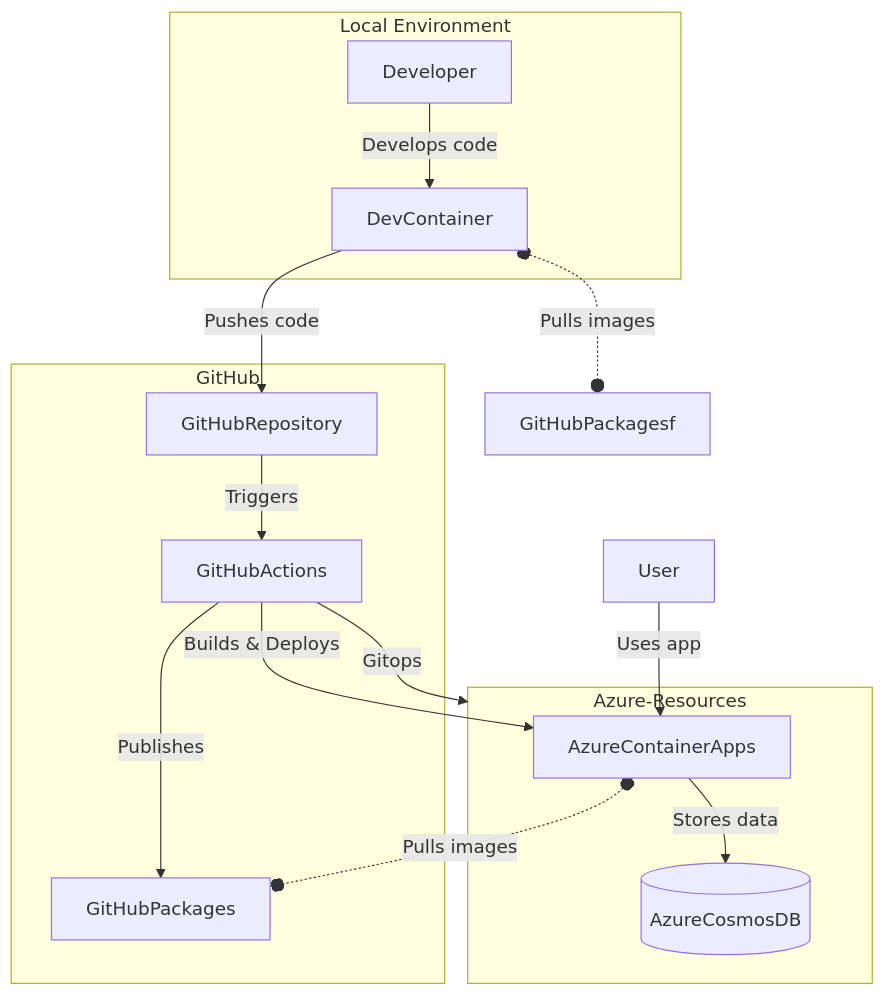
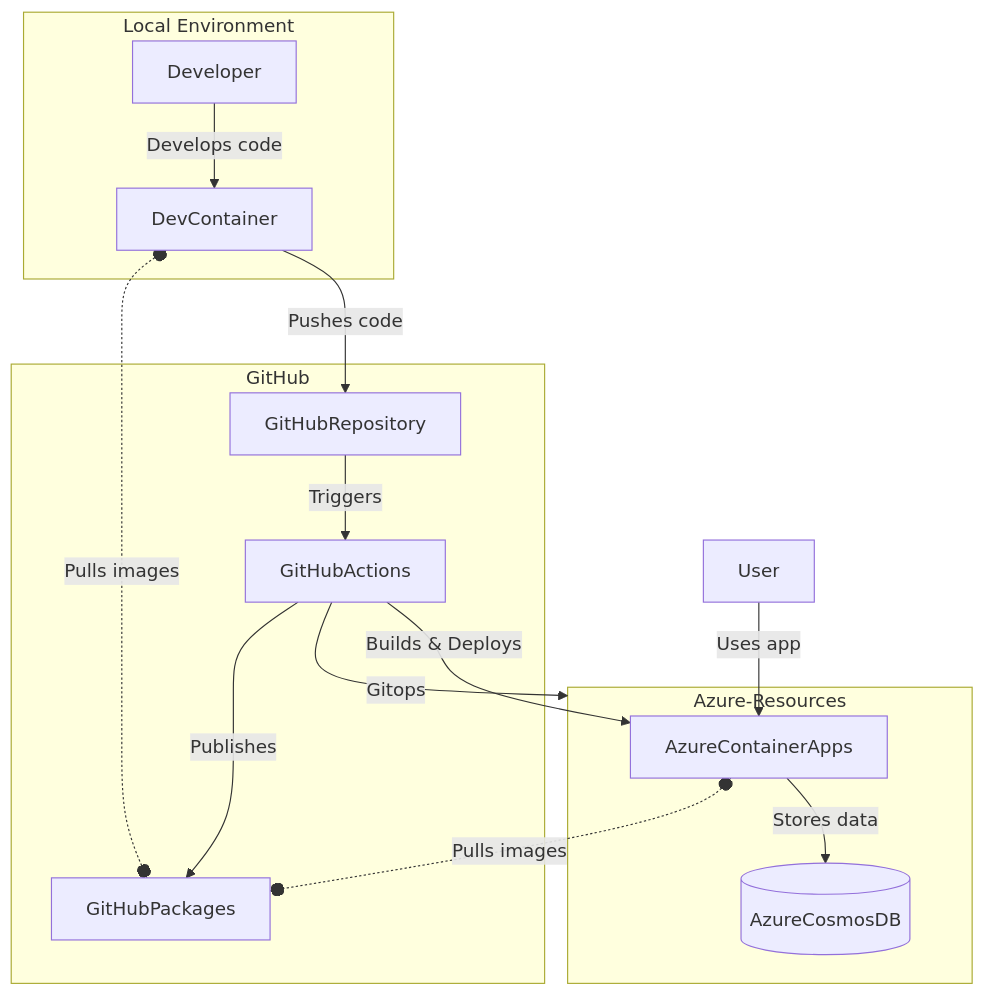
Before and after one commit to hotel-open-tools/guest-form-docs: the diagram in architecture.md, drawn with Mermaid.

Commit message:
adds system architecture diagram

````diff
--- a/architecture.md
+++ b/architecture.md
@@ -7,31 +7,31 @@
 ```mermaid
 graph TD
     Developer --> |Develops code| DevContainer
     DevContainer -->|Pushes code| GitHubRepository
     GitHubRepository -->|Triggers| GitHubActions
     GitHubActions -->|Builds & Deploys| AzureContainerApps
     GitHubActions -->|Publishes| GitHubPackages
     AzureContainerApps -->|Stores data| AzureCosmosDB[(AzureCosmosDB)]
     User -->|Uses app| AzureContainerApps
-    DevContainer o-.-o |Pulls images| GitHubPackagesf
+    DevContainer o-.-o |Pulls images| GitHubPackages
     AzureContainerApps o-.-o |Pulls images| GitHubPackages
     GitHubActions --> |Gitops| Azure-Resources
 
     subgraph Local Environment
         Developer
         DevContainer
     end
 
     subgraph GitHub
         GitHubRepository
         GitHubActions
         GitHubPackages
     end
 
     subgraph Azure-Resources
         AzureContainerApps
         AzureCosmosDB
     end
 
     User
 ```
````
